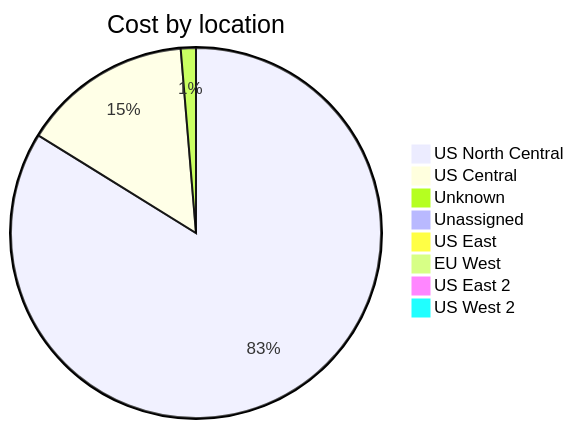
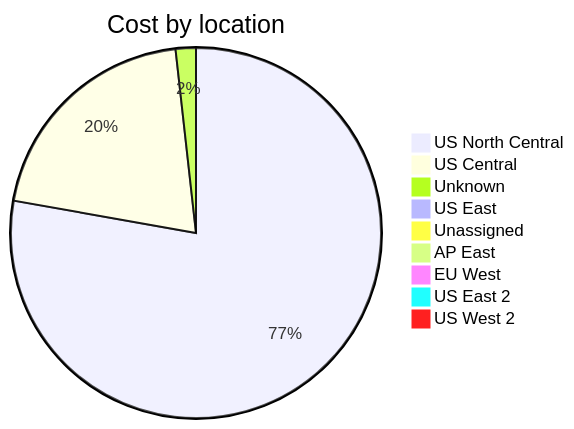
The third of 4 diagrams in cost-reports/accumulated-cost.md (jpfulton/azure-personal-reports), drawn with Mermaid before and after one commit. The commit also changed other lines of this file and 4 other files, not shown here.

````diff
--- a/cost-reports/accumulated-cost.md
+++ b/cost-reports/accumulated-cost.md
@@ -126,12 +129,13 @@
 ```mermaid
 pie
    title Cost by location
-   "US North Central" : 2.54
-   "US Central" : 0.45
-   "Unknown" : 0.04
+   "US North Central" : 3.96
+   "US Central" : 1.04
+   "Unknown" : 0.09
+   "US East" : 0.02
    "Unassigned" : 0.01
-   "US East" : 0.01
+   "AP East" : 0.00
    "EU West" : 0.00
    "US East 2" : 0.00
    "US West 2" : 0.00
 ```
````
